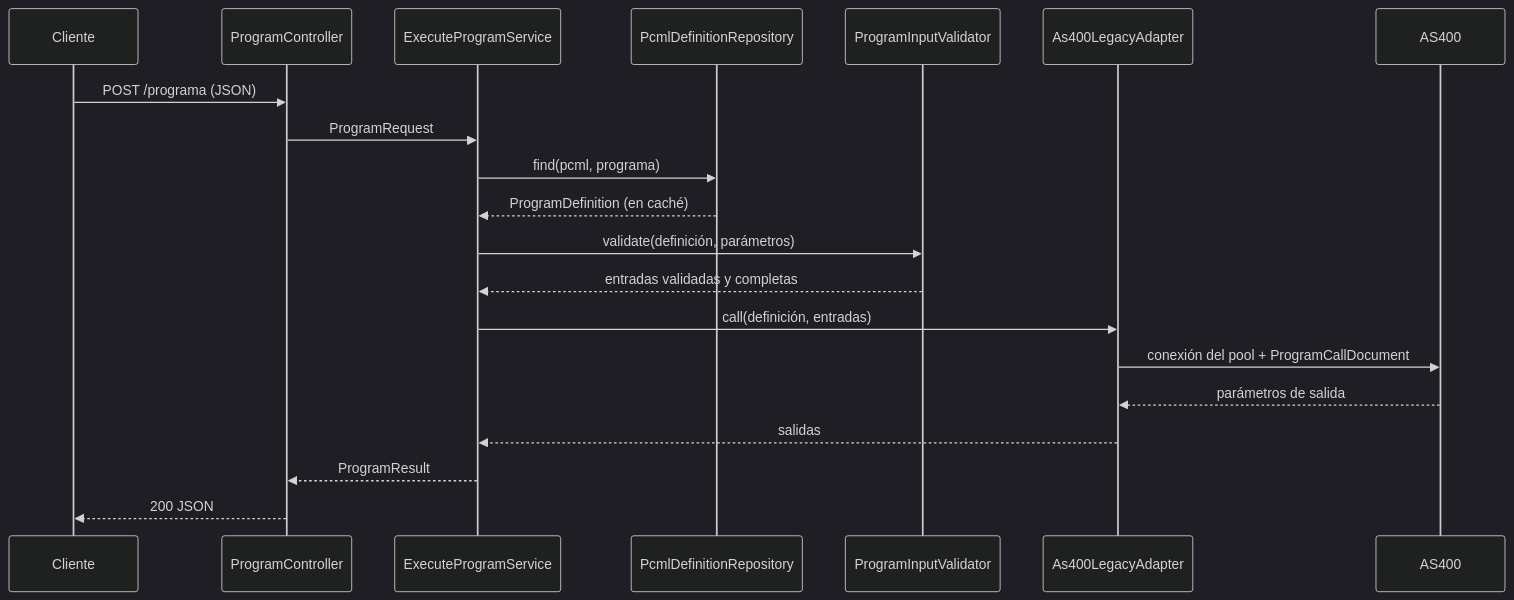
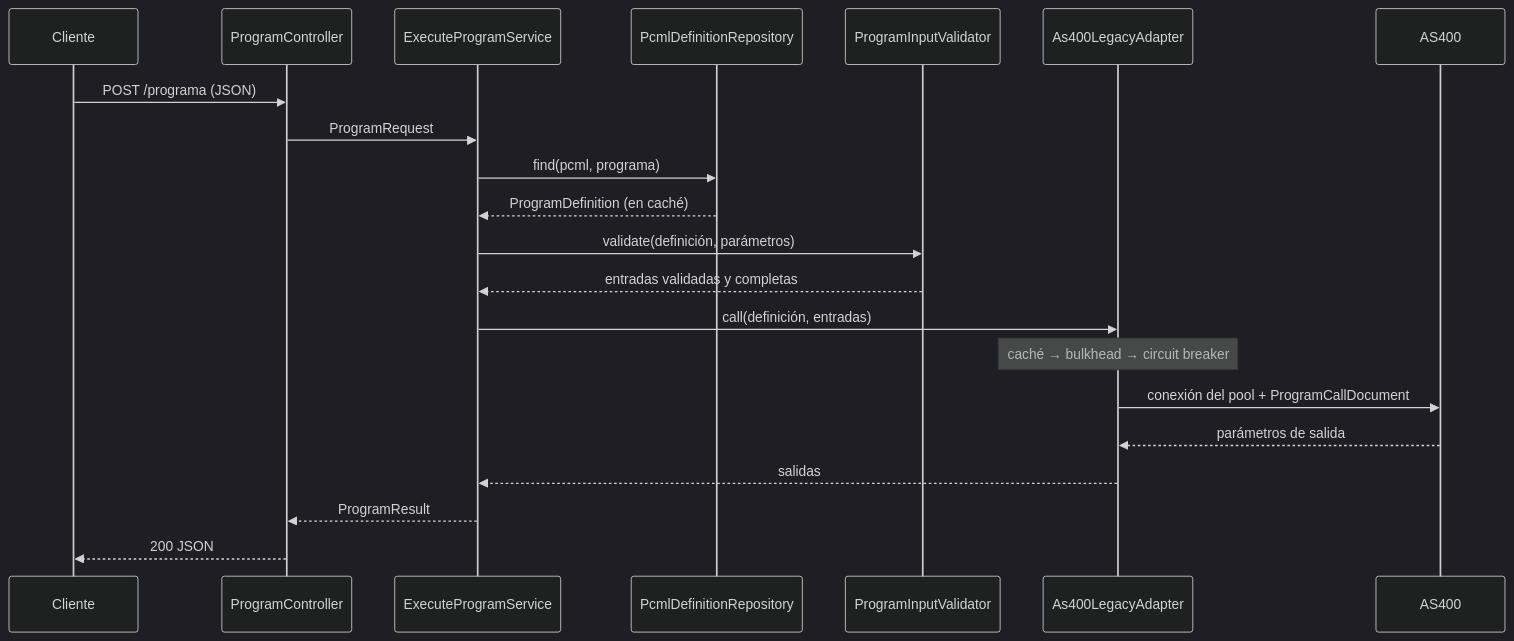
One commit to sdsantish/conector-core changed the diagram in README.md. Above: the diagram before and after it, drawn with Mermaid (dark theme). The commit also changed other lines of this file and 1 other file, not shown here.

First line of the commit message:
docs: resiliencia, caché y observabilidad en README y Postman

````diff
--- a/README.md
+++ b/README.md
@@ -240,23 +252,24 @@
 ```mermaid
 sequenceDiagram
     participant C as Cliente
     participant H as ProgramController
     participant U as ExecuteProgramService
     participant D as PcmlDefinitionRepository
     participant V as ProgramInputValidator
     participant A as As400LegacyAdapter
     participant AS as AS400
 
     C->>H: POST /programa (JSON)
     H->>U: ProgramRequest
     U->>D: find(pcml, programa)
     D-->>U: ProgramDefinition (en caché)
     U->>V: validate(definición, parámetros)
     V-->>U: entradas validadas y completas
     U->>A: call(definición, entradas)
+    Note over A: caché → bulkhead → circuit breaker
     A->>AS: conexión del pool + ProgramCallDocument
     AS-->>A: parámetros de salida
     A-->>U: salidas
     U-->>H: ProgramResult
     H-->>C: 200 JSON
 ```
````
